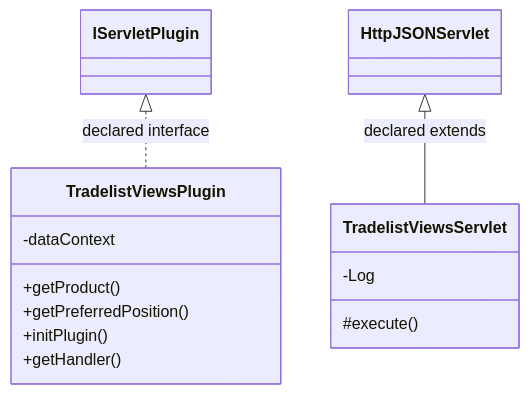
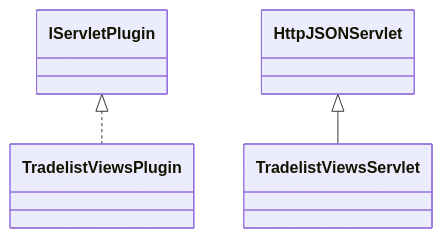
One commit to haruperi/HaruQuantAI changed the diagram in docs/sqx/Results/ResultsTradelistViews.md. Above: the diagram before and after it, drawn with Mermaid. The commit also changed other lines of this file and 1688 other files, not shown here.

````diff
--- a/docs/sqx/Results/ResultsTradelistViews.md
+++ b/docs/sqx/Results/ResultsTradelistViews.md
@@ -30,18 +26,9 @@
 ```mermaid
 classDiagram
-    class C213c64f425d1["TradelistViewsPlugin"] {
-        -dataContext
-        +getProduct()
-        +getPreferredPosition()
-        +initPlugin()
-        +getHandler()
-    }
-    class C0069cd262268["TradelistViewsServlet"] {
-        -Log
-        #execute()
-    }
-    class C249b5c671b1a["IServletPlugin"]
-    class C8900f90ae594["HttpJSONServlet"]
-    C249b5c671b1a <|.. C213c64f425d1 : declared interface
-    C8900f90ae594 <|-- C0069cd262268 : declared extends
+    class C0["TradelistViewsPlugin"]
+    class C1["TradelistViewsServlet"]
+    class E0["IServletPlugin"]
+    E0 <|.. C0
+    class E1["HttpJSONServlet"]
+    E1 <|-- C1
 ```
````
